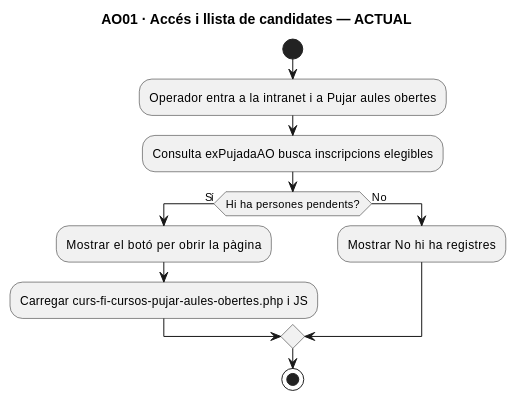
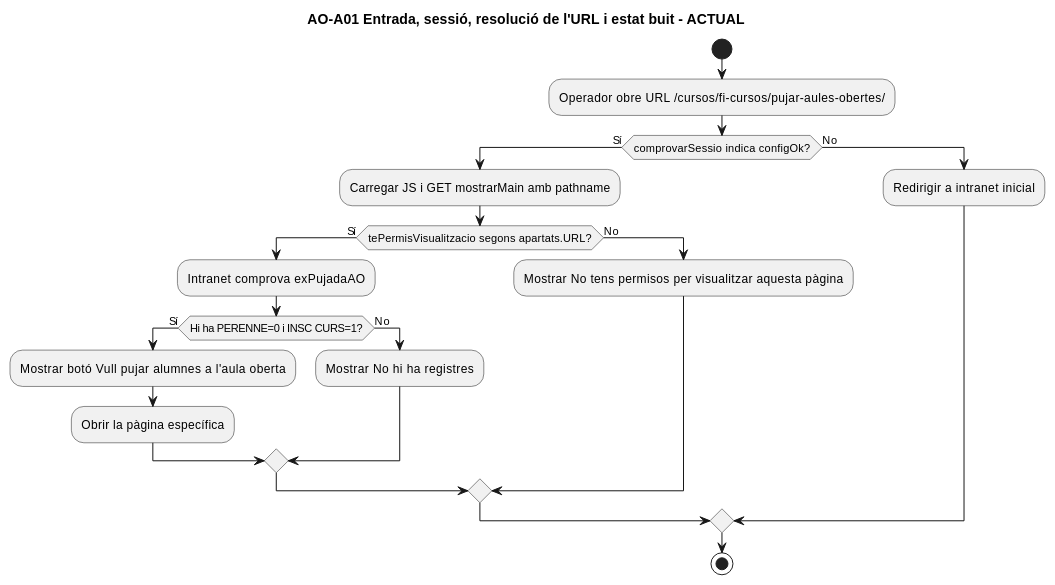
Before and after one commit to orgmeriemprismacat-del/verifactu: the third of 20 diagrams in documentacio/07-uml-integrat/uc-moodle-aules-obertes-fitxa-activitats.md, drawn with PlantUML. The commit also changed other lines of this file, not shown here.

Commit message:
docs: complete exact open-class URL with full functional UML, 16 actual/final page and section activity diagrams

````diff
--- a/documentacio/07-uml-integrat/uc-moodle-aules-obertes-fitxa-activitats.md
+++ b/documentacio/07-uml-integrat/uc-moodle-aules-obertes-fitxa-activitats.md
@@ -127,15 +127,24 @@
 ```plantuml
 @startuml
-title AO01 · Accés i llista de candidates — ACTUAL
+title AO-A01 Entrada, sessió, resolució de l'URL i estat buit - ACTUAL
 start
-:Operador entra a la intranet i a Pujar aules obertes;
-:Consulta exPujadaAO busca inscripcions elegibles;
-if (Hi ha persones pendents?) then (Sí)
- :Mostrar el botó per obrir la pàgina;
- :Carregar curs-fi-cursos-pujar-aules-obertes.php i JS;
+:Operador obre URL /cursos/fi-cursos/pujar-aules-obertes/;
+if (comprovarSessio indica configOk?) then (Sí)
+ :Carregar JS i GET mostrarMain amb pathname;
+ if (tePermisVisualitzacio segons apartats.URL?) then (Sí)
+  :Intranet comprova exPujadaAO;
+  if (Hi ha PERENNE=0 i INSC CURS=1?) then (Sí)
+   :Mostrar botó Vull pujar alumnes a l'aula oberta;
+   :Obrir la pàgina específica;
+  else (No)
+   :Mostrar No hi ha registres;
+  endif
+ else (No)
+  :Mostrar No tens permisos per visualitzar aquesta pàgina;
+ endif
 else (No)
- :Mostrar No hi ha registres;
+ :Redirigir a intranet inicial;
 endif
 stop
 @enduml
 ```
````
